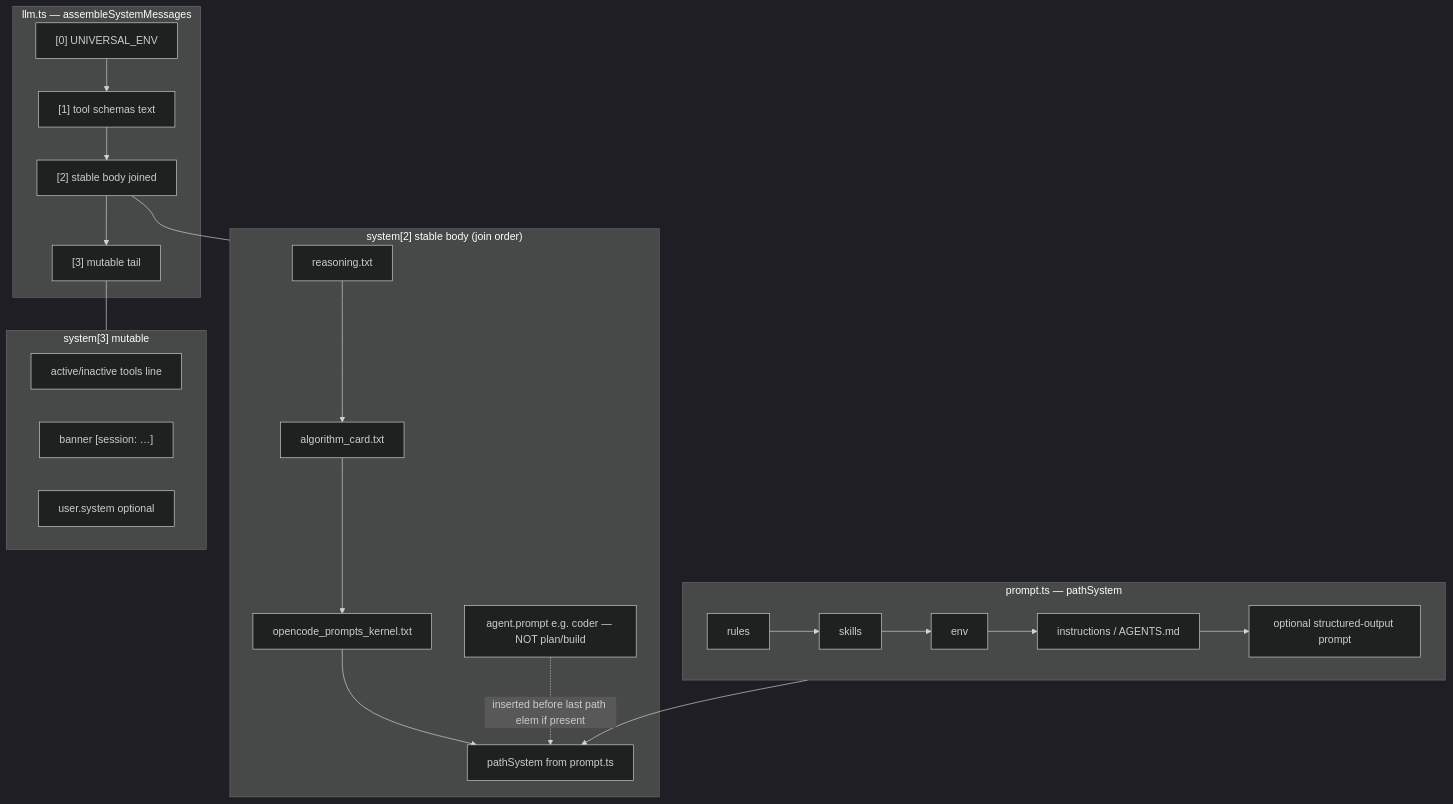
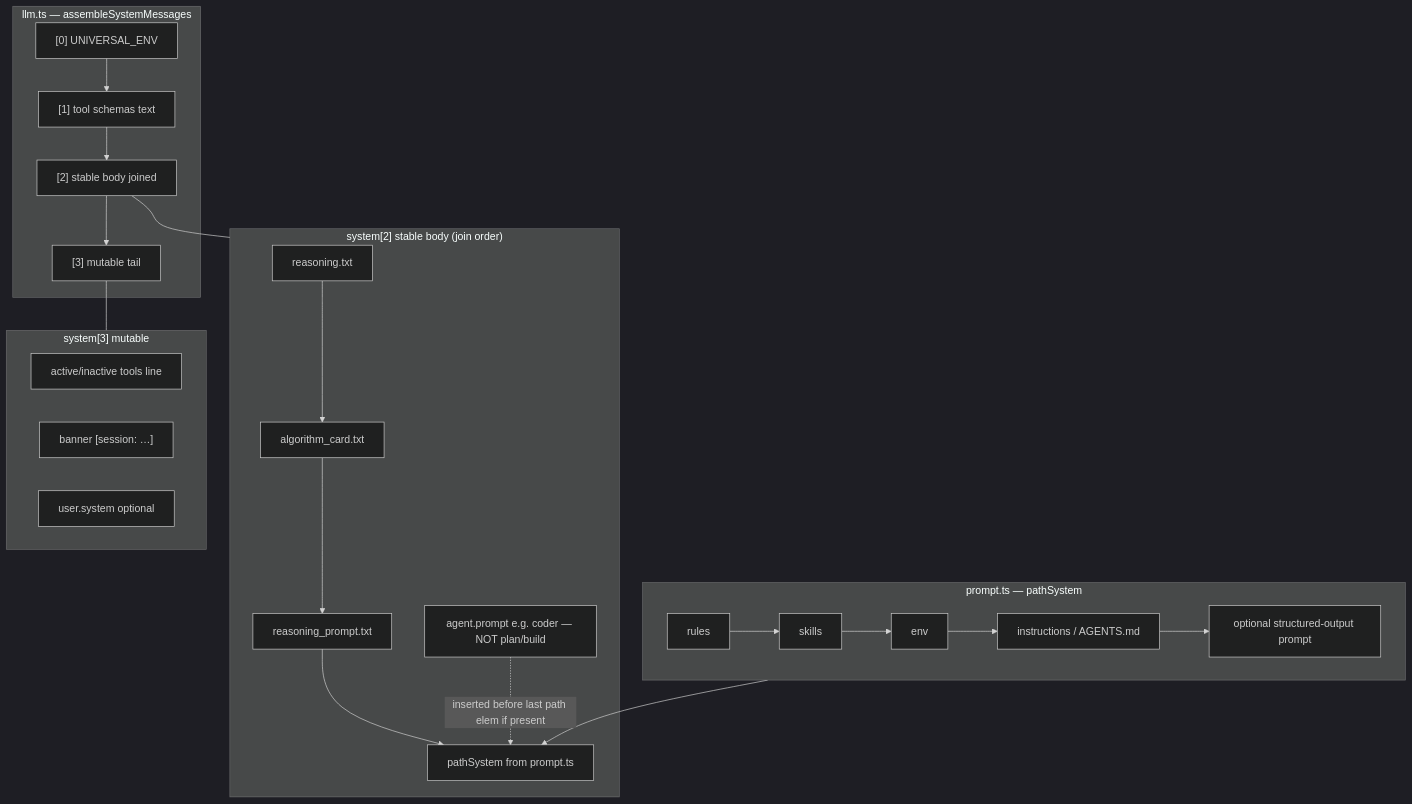
The first of 4 diagrams in docs/system-prompt-order.md (AlHeloween/opencode), drawn with Mermaid (dark theme) before and after one commit. The commit also changed other lines of this file and 192 other files, not shown here.

First line of the commit message:
kernel: cut over to map-first prompt_kernel

````diff
--- a/docs/system-prompt-order.md
+++ b/docs/system-prompt-order.md
@@ -15,39 +15,39 @@
 ```mermaid
 flowchart TB
   subgraph prompt_ts["prompt.ts — pathSystem"]
     RU[rules]
     SK[skills]
     EN[env]
     IN[instructions / AGENTS.md]
     SO[optional structured-output prompt]
     RU --> SK --> EN --> IN --> SO
   end
 
   subgraph llm_ts["llm.ts — assembleSystemMessages"]
     UE["[0] UNIVERSAL_ENV"]
     TS["[1] tool schemas text"]
     SB["[2] stable body joined"]
     MT["[3] mutable tail"]
     UE --> TS --> SB --> MT
   end
 
   subgraph stable_body["system[2] stable body (join order)"]
     R[reasoning.txt]
     AC[algorithm_card.txt]
-    K[opencode_prompts_kernel.txt]
+    K[reasoning_prompt.txt]
     P[pathSystem from prompt.ts]
     A[agent.prompt e.g. coder — NOT plan/build]
     R --> AC --> K --> P
     A -.->|inserted before last path elem if present| P
   end
 
   subgraph mutable["system[3] mutable"]
     AT[active/inactive tools line]
     BN["banner [session: …]"]
     US[user.system optional]
   end
 
   prompt_ts --> P
   SB --- stable_body
   MT --- mutable
 ```
````
